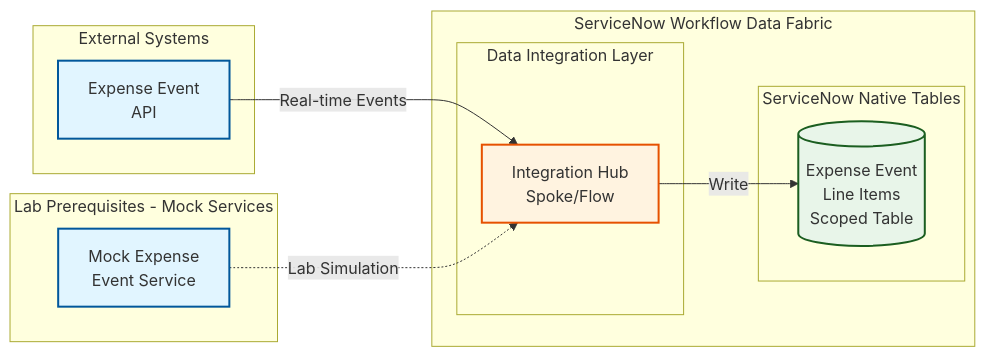
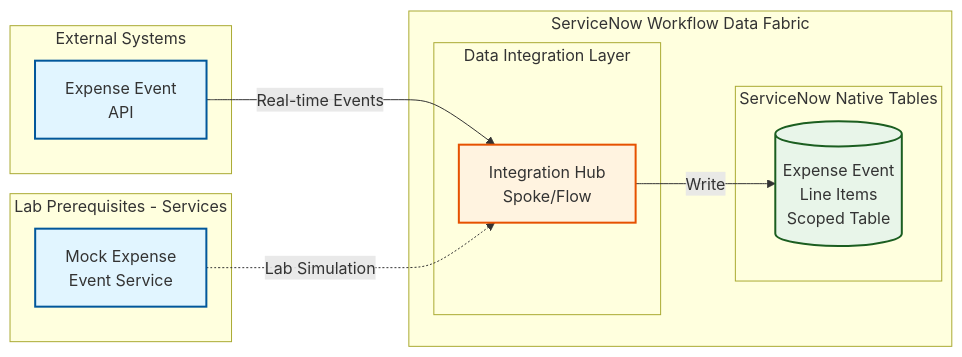
Before and after one commit to leojacinto/WorkflowDataFabric-TypeA: the diagram in 1_Fundamentals.md, drawn with Mermaid.

````diff
--- a/1_Fundamentals.md
+++ b/1_Fundamentals.md
@@ -4,35 +4,35 @@
 ```mermaid
 graph LR
     subgraph "ServiceNow Workflow Data Fabric"
         subgraph "Data Integration Layer"
             IntHub[Integration Hub<br/>Spoke/Flow]
         end
 
         subgraph "ServiceNow Native Tables"
             ExpenseTable[(Expense Event<br/>Line Items<br/>Scoped Table)]
         end
     end
 
     subgraph "External Systems"
         ExpenseAPI[Expense Event<br/>API]
     end
 
-    subgraph "Lab Prerequisites - Mock Services"
+    subgraph "Lab Prerequisites - Services"
         MockExpense[Mock Expense<br/>Event Service]
     end
 
     %% Data Flow Connections
     ExpenseAPI -->|Real-time Events| IntHub
     MockExpense -.->|Lab Simulation| IntHub
     IntHub -->|Write| ExpenseTable
 
     %% Styling
     classDef external fill:#e1f5ff,stroke:#01579b,stroke-width:2px
     classDef integration fill:#fff3e0,stroke:#e65100,stroke-width:2px
     classDef native fill:#e8f5e9,stroke:#1b5e20,stroke-width:2px
 
     class ExpenseAPI external
     class IntHub integration
     class ExpenseTable native
     class MockExpense external
 ```
````
